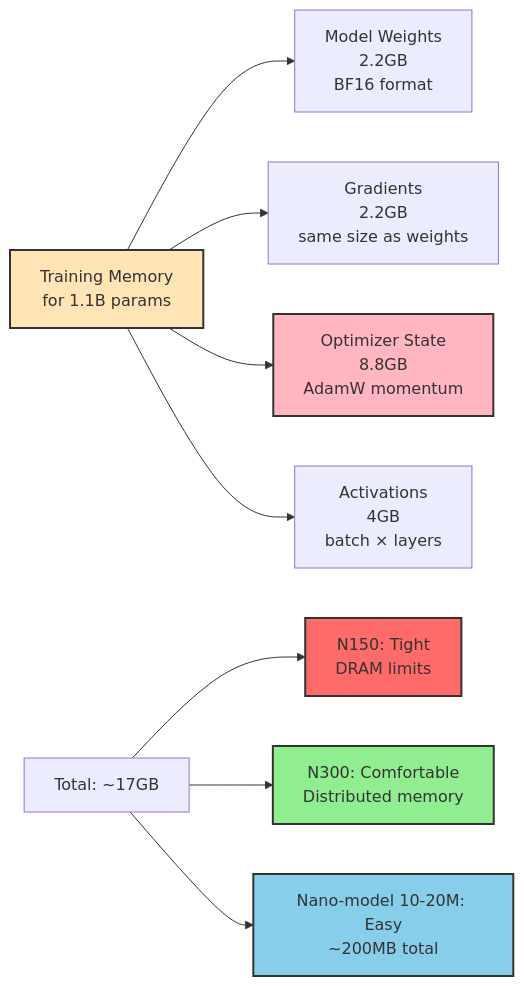
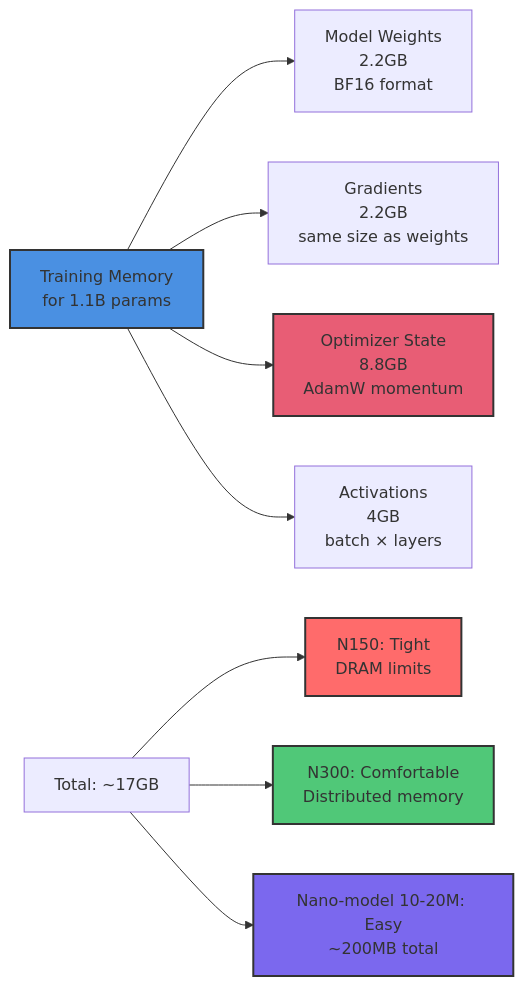
The ninth of 13 diagrams in content/lessons/ct7-architecture-basics.md (tenstorrent/tt-vscode-toolkit), drawn with Mermaid before and after one commit. The commit also changed other lines of this file and 9 other files, not shown here.

````diff
--- a/content/lessons/ct7-architecture-basics.md
+++ b/content/lessons/ct7-architecture-basics.md
@@ -567,17 +567,17 @@
 ```mermaid
 graph LR
     A[Training Memory<br/>for 1.1B params] --> B[Model Weights<br/>2.2GB<br/>BF16 format]
     A --> C[Gradients<br/>2.2GB<br/>same size as weights]
     A --> D[Optimizer State<br/>8.8GB<br/>AdamW momentum]
     A --> E[Activations<br/>4GB<br/>batch × layers]
 
     F[Total: ~17GB] --> G[N150: Tight<br/>DRAM limits]
     F --> H[N300: Comfortable<br/>Distributed memory]
     F --> I[Nano-model 10-20M: Easy<br/>~200MB total]
 
-    style A fill:#FFE4B5,stroke:#333,stroke-width:2px
-    style D fill:#FFB6C1,stroke:#333,stroke-width:2px
+    style A fill:#4A90E2,stroke:#333,stroke-width:2px
+    style D fill:#E85D75,stroke:#333,stroke-width:2px
     style G fill:#FF6B6B,stroke:#333,stroke-width:2px
-    style H fill:#90EE90,stroke:#333,stroke-width:2px
-    style I fill:#87CEEB,stroke:#333,stroke-width:2px
+    style H fill:#50C878,stroke:#333,stroke-width:2px
+    style I fill:#7B68EE,stroke:#333,stroke-width:2px
 ```
````
